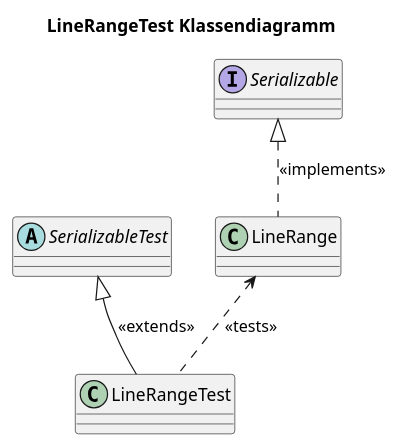
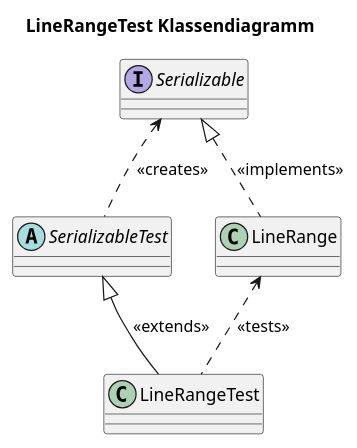
The diagram in doc/SerializableClassDigram.puml (jenkinsci/analysis-model), drawn with PlantUML before and after one commit. The commit also changed 3 other files, not shown here.

```diff
--- a/doc/SerializableClassDigram.puml
+++ b/doc/SerializableClassDigram.puml
@@ -1,13 +1,14 @@
 @startuml
 
 title LineRangeTest Klassendiagramm
 
 abstract class SerializableTest
 class LineRangeTest
 interface Serializable
 
 SerializableTest <|-- LineRangeTest : <<extends>>
 LineRange <.. LineRangeTest : << tests >>
 Serializable <|.. LineRange : <<implements>>
+Serializable <.. SerializableTest : <<creates>>
 
 @enduml
```
